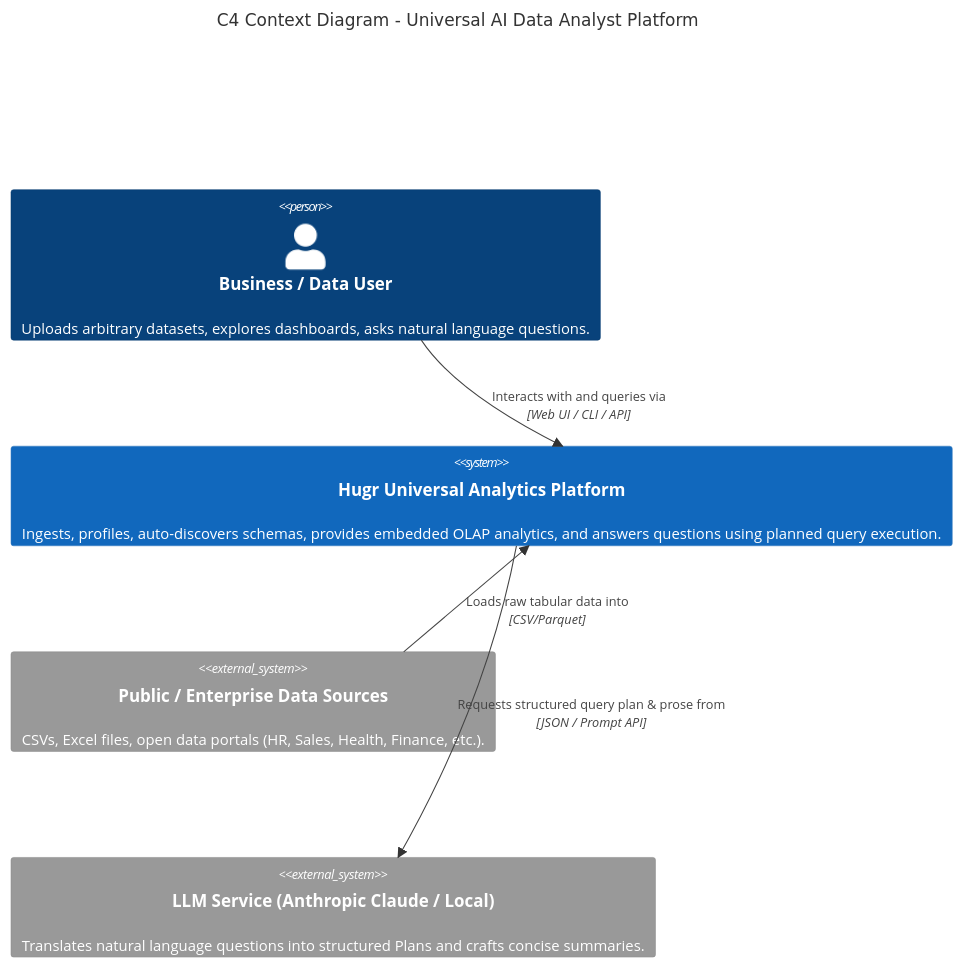
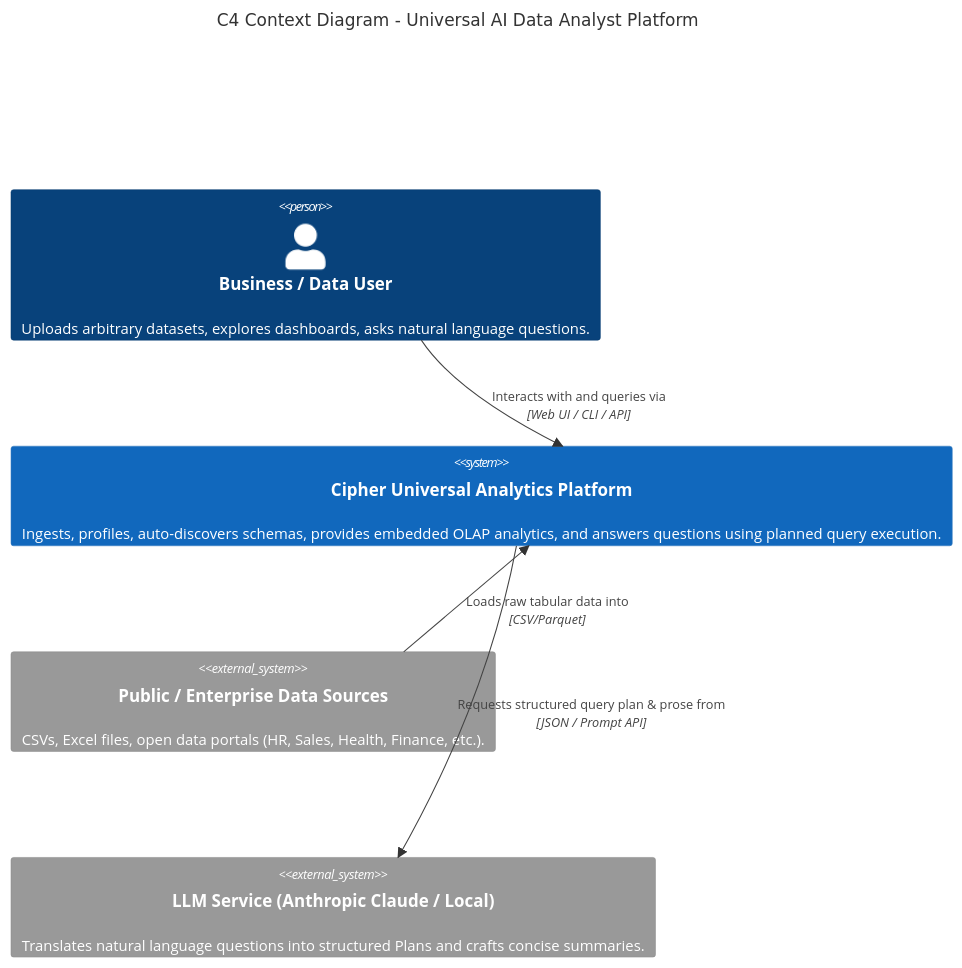
One commit to drexvane/Hugr changed the second of 6 diagrams in docs/architecture.md. Above: the diagram before and after it, drawn with Mermaid. The commit also changed other lines of this file and 15 other files, not shown here.

````diff
--- a/docs/architecture.md
+++ b/docs/architecture.md
@@ -50,15 +50,15 @@
 ```mermaid
 C4Context
     title C4 Context Diagram - Universal AI Data Analyst Platform
 
     Person(user, "Business / Data User", "Uploads arbitrary datasets, explores dashboards, asks natural language questions.")
     
-    System(hugr, "Hugr Universal Analytics Platform", "Ingests, profiles, auto-discovers schemas, provides embedded OLAP analytics, and answers questions using planned query execution.")
+    System(cipher, "Cipher Universal Analytics Platform", "Ingests, profiles, auto-discovers schemas, provides embedded OLAP analytics, and answers questions using planned query execution.")
     
     System_Ext(open_data, "Public / Enterprise Data Sources", "CSVs, Excel files, open data portals (HR, Sales, Health, Finance, etc.).")
     System_Ext(llm, "LLM Service (Anthropic Claude / Local)", "Translates natural language questions into structured Plans and crafts concise summaries.")
 
-    Rel(open_data, hugr, "Loads raw tabular data into", "CSV/Parquet")
-    Rel(user, hugr, "Interacts with and queries via", "Web UI / CLI / API")
-    Rel(hugr, llm, "Requests structured query plan & prose from", "JSON / Prompt API")
+    Rel(open_data, cipher, "Loads raw tabular data into", "CSV/Parquet")
+    Rel(user, cipher, "Interacts with and queries via", "Web UI / CLI / API")
+    Rel(cipher, llm, "Requests structured query plan & prose from", "JSON / Prompt API")
 ```
````
